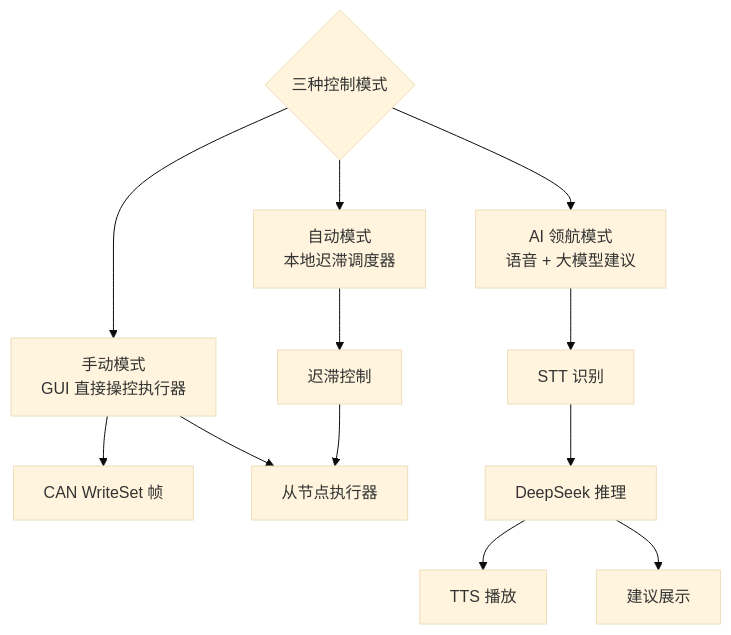
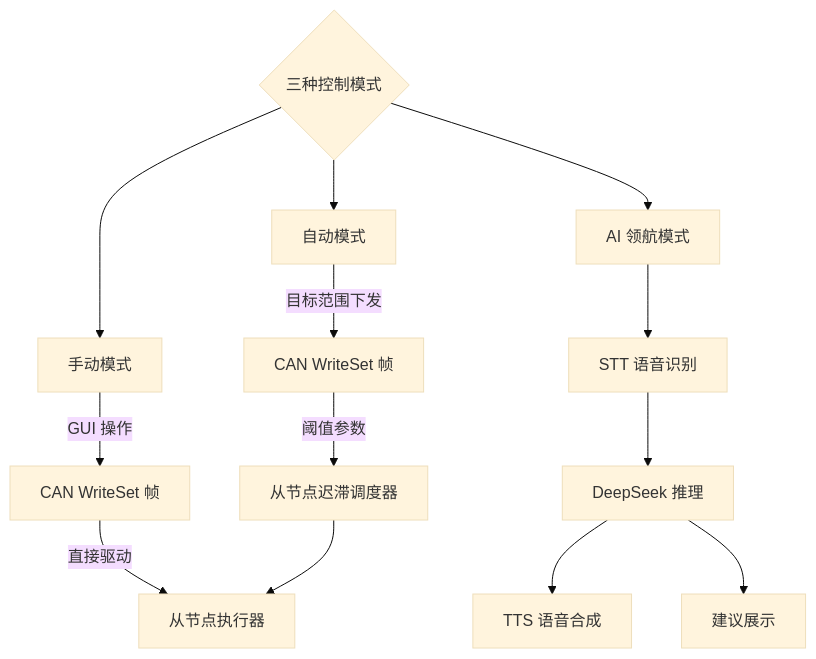
One commit to yhy-lk/Intelligent_Greenhouse_Document changed the diagram in Docs/images/control_strategy.mmd. Above: the diagram before and after it, drawn with Mermaid. The commit also changed 13 other files, not shown here.

Commit message:
@ docs: 添加第3章硬件电路设计、更新架构图和参考文献 @

```diff
--- a/Docs/images/control_strategy.mmd
+++ b/Docs/images/control_strategy.mmd
@@ -1,18 +1,19 @@
 %%{init: {'theme': 'base'}}%%
 graph TD
     MODE{"三种控制模式"}
 
-    MODE --> M1["手动模式<br/>GUI 直接操控执行器"]
-    MODE --> M2["自动模式<br/>本地迟滞调度器"]
-    MODE --> M3["AI 领航模式<br/>语音 + 大模型建议"]
+    MODE --> M1["手动模式"]
+    MODE --> M2["自动模式"]
+    MODE --> M3["AI 领航模式"]
 
-    M1 --> CAN1["CAN WriteSet 帧"]
-    M1 --> EXEC["从节点执行器"]
+    M1 -->|"GUI 操作"| CAN1["CAN WriteSet 帧"]
+    CAN1 -->|"直接驱动"| EXEC["从节点执行器"]
 
-    M2 --> HYST["迟滞控制"]
+    M2 -->|"目标范围下发"| CAN2["CAN WriteSet 帧"]
+    CAN2 -->|"阈值参数"| HYST["从节点迟滞调度器"]
     HYST --> EXEC
 
-    M3 --> STT["STT 识别"]
+    M3 --> STT["STT 语音识别"]
     STT --> LLM["DeepSeek 推理"]
-    LLM --> TTS["TTS 播放"]
+    LLM --> TTS["TTS 语音合成"]
     LLM --> DISP2["建议展示"]
```
